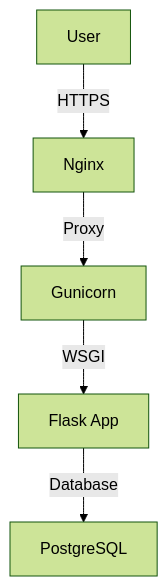
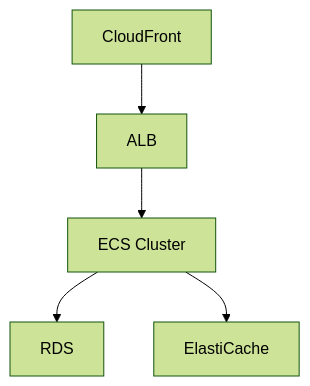
Before and after one commit to xvnpw/ai-security-analyzer: the second of 3 diagrams in examples/github-sec-design-flask-deepseekdeepseek-r1.md, drawn with Mermaid (forest theme). The commit also changed other lines of this file and 218 other files, not shown here.

````diff
--- a/examples/github-sec-design-flask-deepseekdeepseek-r1.md
+++ b/examples/github-sec-design-flask-deepseekdeepseek-r1.md
@@ -91,7 +96,7 @@
 ```mermaid
 graph TD
-  A[User] -->|HTTPS| B[Nginx]
-  B -->|Proxy| C[Gunicorn]
-  C -->|WSGI| D[Flask App]
-  D -->|Database| E[PostgreSQL]
+    A[CloudFront] --> B[ALB]
+    B --> C[ECS Cluster]
+    C --> D[RDS]
+    C --> E[ElastiCache]
 ```
````
